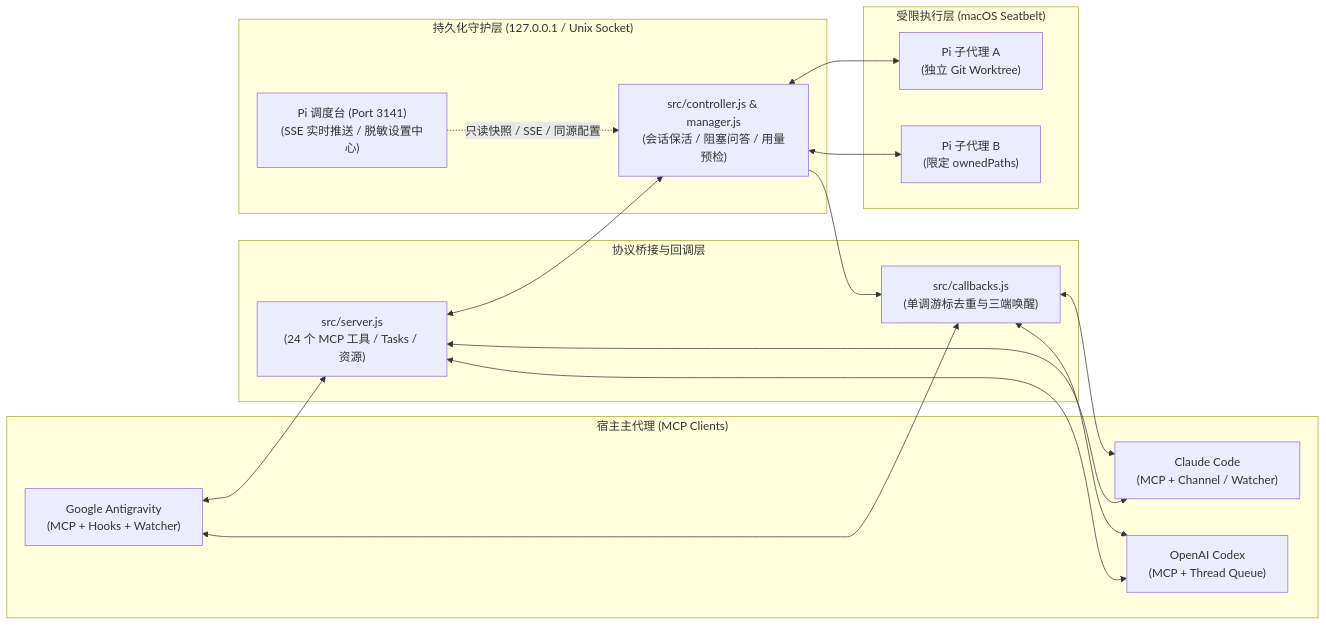
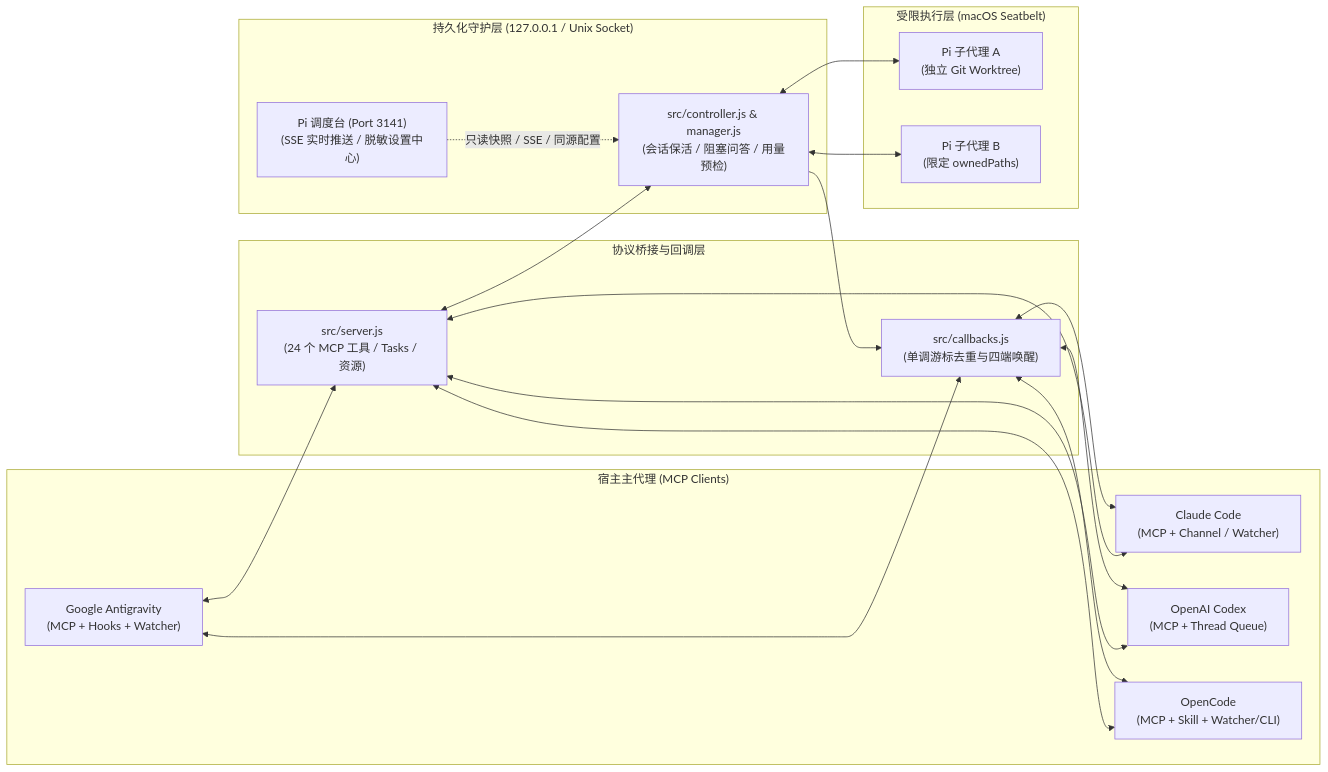
One commit to paintstar/PI-Server changed the diagram in README.md. Above: the diagram before and after it, drawn with Mermaid. The commit also changed other lines of this file and 22 other files, not shown here.

Commit message:
完成 OpenCode 第四端适配（MCP 安装卸载、会话绑定、统一游标回调、沙箱加固与真机验收）

````diff
--- a/README.md
+++ b/README.md
@@ -39,35 +39,38 @@
 ```mermaid
 flowchart LR
   subgraph Hosts["宿主主代理 (MCP Clients)"]
     AGY["Google Antigravity\n(MCP + Hooks + Watcher)"]
     CC["Claude Code\n(MCP + Channel / Watcher)"]
     CDX["OpenAI Codex\n(MCP + Thread Queue)"]
+    OC["OpenCode\n(MCP + Skill + Watcher/CLI)"]
   end
 
   subgraph Bridge["协议桥接与回调层"]
     SRV["src/server.js\n(24 个 MCP 工具 / Tasks / 资源)"]
-    CB["src/callbacks.js\n(单调游标去重与三端唤醒)"]
+    CB["src/callbacks.js\n(单调游标去重与四端唤醒)"]
   end
 
   subgraph Core["持久化守护层 (127.0.0.1 / Unix Socket)"]
     CTRL["src/controller.js & manager.js\n(会话保活 / 阻塞问答 / 用量预检)"]
     WEB["Pi 调度台 (Port 3141)\n(SSE 实时推送 / 脱敏设置中心)"]
   end
 
   subgraph Workers["受限执行层 (macOS Seatbelt)"]
     PI1["Pi 子代理 A\n(独立 Git Worktree)"]
     PI2["Pi 子代理 B\n(限定 ownedPaths)"]
   end
 
   AGY <--> SRV
   CC <--> SRV
   CDX <--> SRV
+  OC <--> SRV
   SRV <--> CTRL
   CB <--> AGY
   CB <--> CC
   CB <--> CDX
+  CB <--> OC
   CTRL --> CB
   CTRL <--> PI1
   CTRL <--> PI2
   WEB -. "只读快照 / SSE / 同源配置" .-> CTRL
 ```
````
